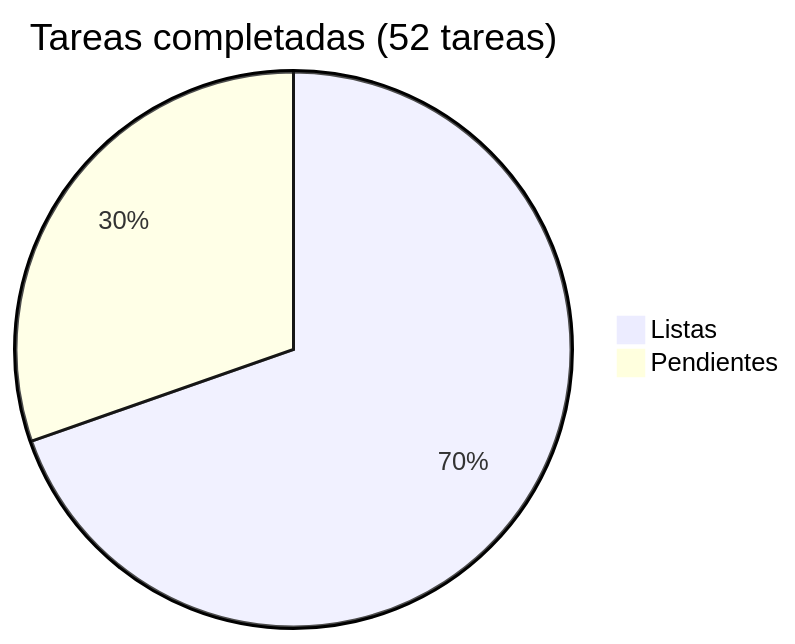
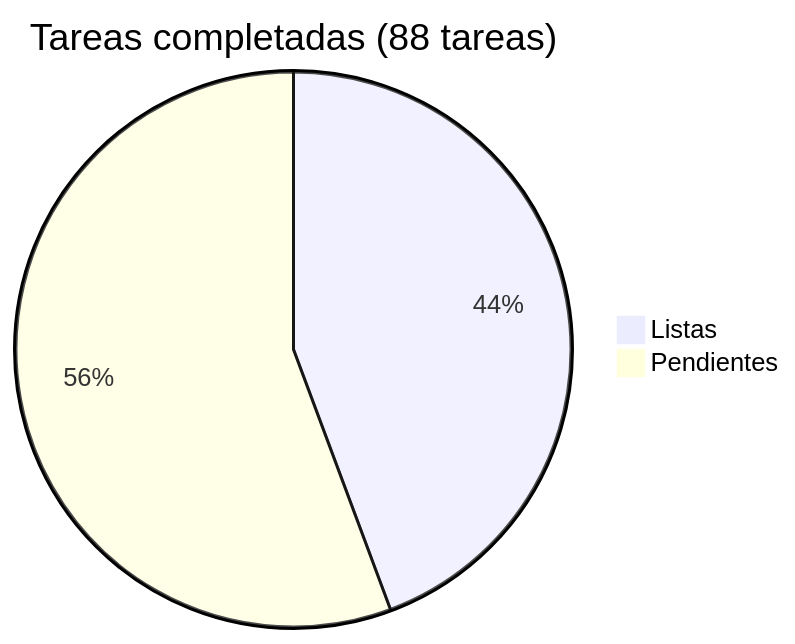
Before and after one commit to adelgadox/centroacopiove: the diagram in docs/roadmap/README.md, drawn with Mermaid. The commit also changed other lines of this file and 2 other files, not shown here.

Commit message:
docs: add Phase 5 (Studio + audit log) and mobile scanning to roadmap

````diff
--- a/docs/roadmap/README.md
+++ b/docs/roadmap/README.md
@@ -5,5 +5,5 @@
 ```mermaid
-pie title Tareas completadas (52 tareas)
+pie title Tareas completadas (88 tareas)
     "Listas" : 39
-    "Pendientes" : 17
+    "Pendientes" : 49
 ```
````
